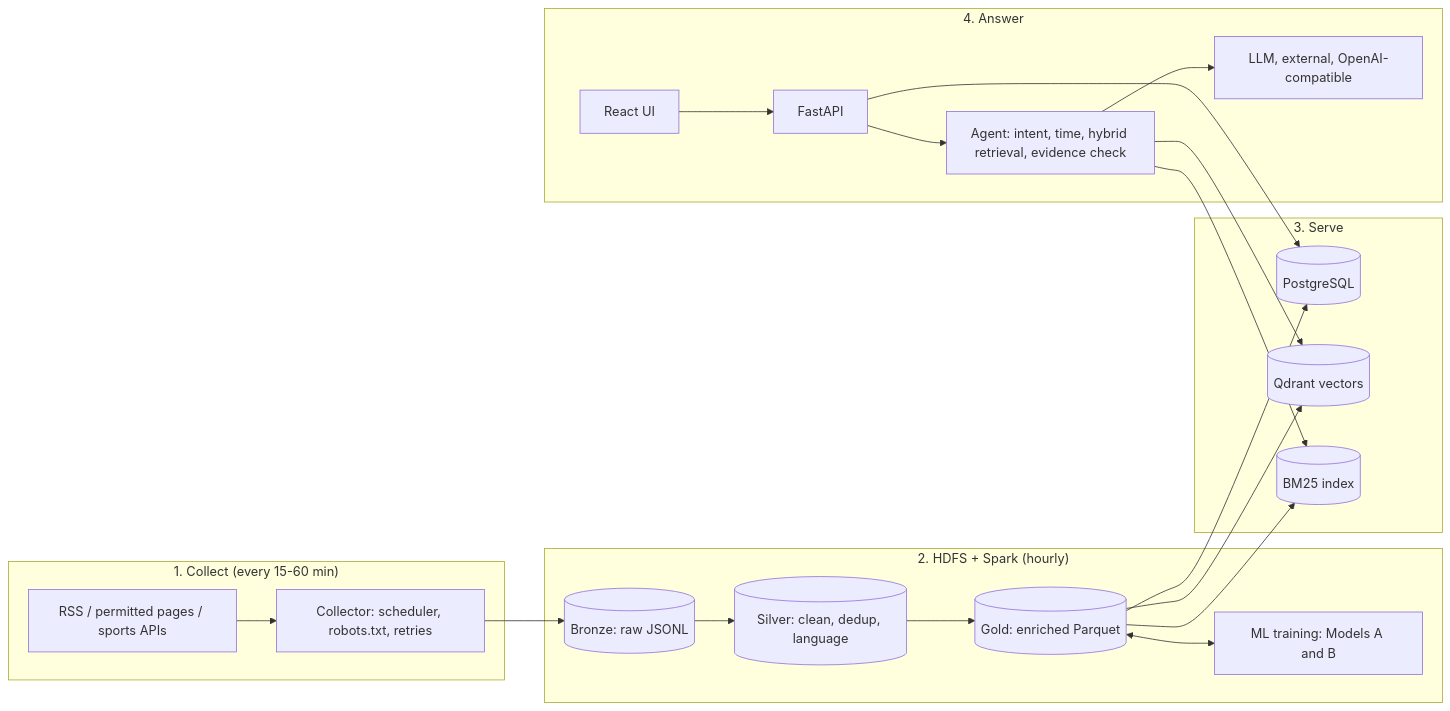
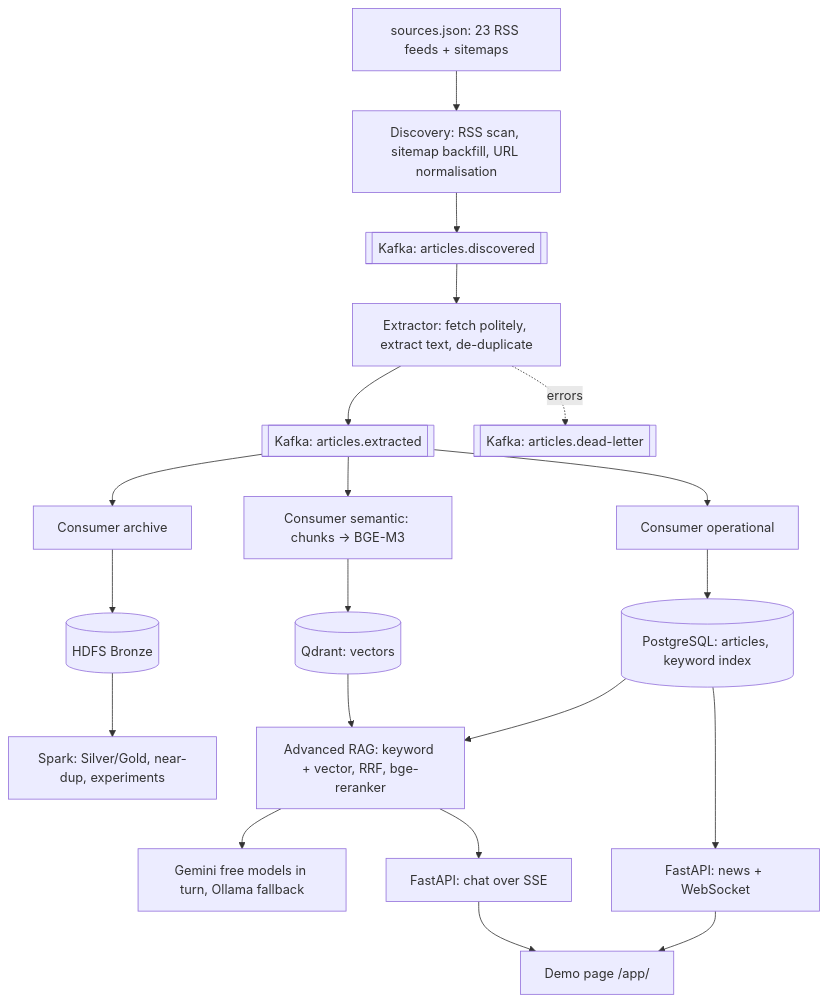
Before and after one commit to khoaaminh1/sportsbot_g4: the diagram in README.md, drawn with Mermaid. The commit also changed other lines of this file and 11 other files, not shown here.

First line of the commit message:
docs: speed-run plan to 10 Nov, ADRs 0005-0007, streaming runbook, README; llm-check and labeling export

````diff
--- a/README.md
+++ b/README.md
@@ -48,25 +27,16 @@
 ```mermaid
-flowchart LR
-  subgraph Collect["1. Collect (every 15-60 min)"]
-    SRC[RSS / permitted pages / sports APIs] --> COL[Collector: scheduler, robots.txt, retries]
-  end
-  subgraph Process["2. HDFS + Spark (hourly)"]
-    BR[(Bronze: raw JSONL)] --> SI[(Silver: clean, dedup, language)]
-    SI --> GO[(Gold: enriched Parquet)]
-    GO <--> ML[ML training: Models A and B]
-  end
-  subgraph Serve["3. Serve"]
-    PG[(PostgreSQL)]
-    QD[(Qdrant vectors)]
-    BM[(BM25 index)]
-  end
-  subgraph Answer["4. Answer"]
-    UI[React UI] --> API[FastAPI]
-    API --> AG[Agent: intent, time, hybrid retrieval, evidence check]
-    AG --> LLM[LLM, external, OpenAI-compatible]
-  end
-  COL --> BR
-  GO --> PG & QD & BM
-  AG --> QD & BM
-  API --> PG
+flowchart TD
+  S[sources.json: 23 RSS feeds + sitemaps] --> D[Discovery: RSS scan, sitemap backfill, URL normalisation]
+  D --> K1[[Kafka: articles.discovered]]
+  K1 --> X[Extractor: fetch politely, extract text, de-duplicate]
+  X --> K2[[Kafka: articles.extracted]]
+  X -. errors .-> DL[[Kafka: articles.dead-letter]]
+  K2 --> CO[Consumer operational] --> PG[(PostgreSQL: articles, keyword index)]
+  K2 --> CS[Consumer semantic: chunks -> BGE-M3] --> QD[(Qdrant: vectors)]
+  K2 --> CA[Consumer archive] --> HD[(HDFS Bronze)] --> SP[Spark: Silver/Gold, near-dup, experiments]
+  PG & QD --> RAG[Advanced RAG: keyword + vector, RRF, bge-reranker]
+  RAG --> LLM[Gemini free models in turn, Ollama fallback]
+  PG --> N[FastAPI: news + WebSocket]
+  RAG --> C[FastAPI: chat over SSE]
+  N & C --> FE[Demo page /app/]
 ```
````
